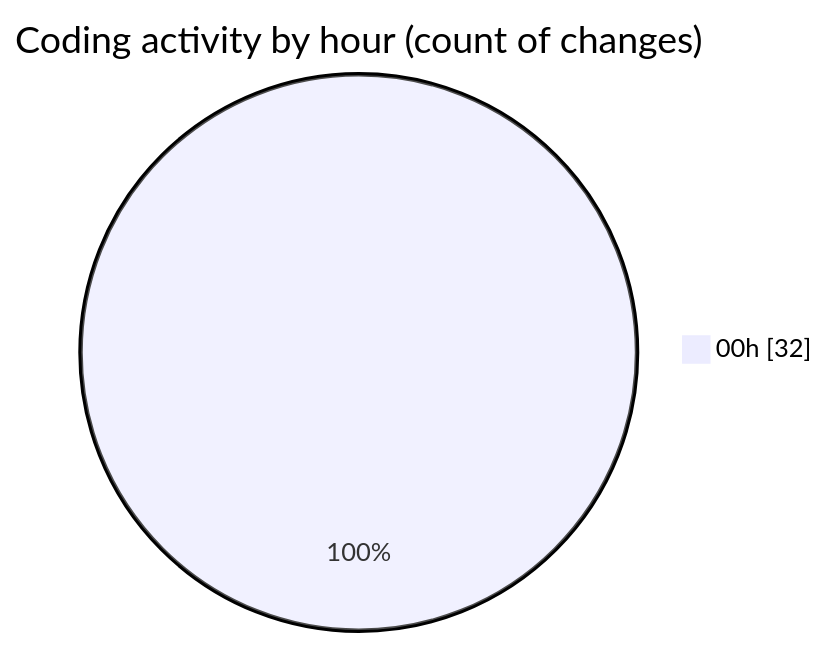
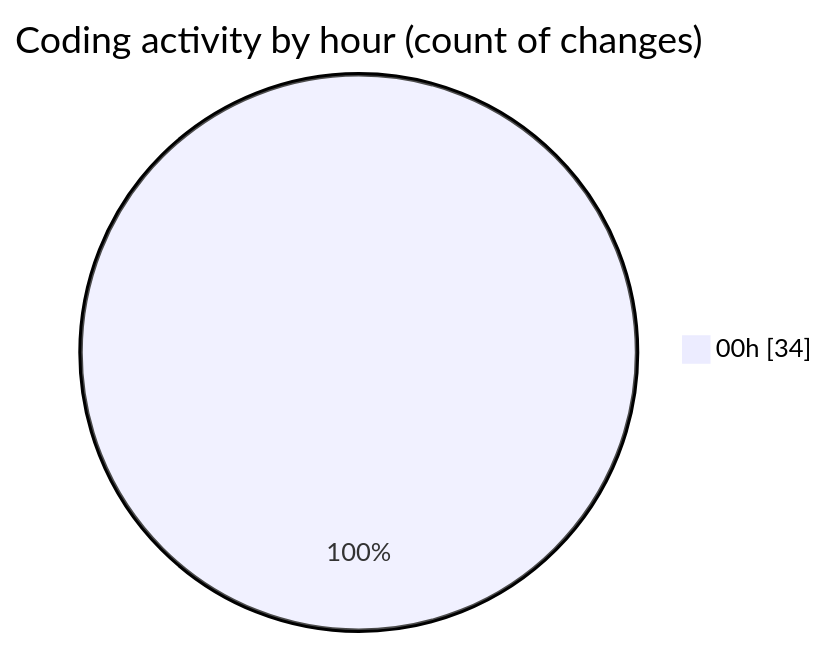
Before and after one commit to hasnaa123/code-tracking: the second of 2 diagrams in 2026-02-21/student_performance_system/README.md, drawn with Mermaid. The commit also changed other lines of this file and 1 other file, not shown here.

````diff
--- a/2026-02-21/student_performance_system/README.md
+++ b/2026-02-21/student_performance_system/README.md
@@ -28,5 +28,5 @@
 ```mermaid
 pie showData
 title Coding activity by hour (count of changes)
-"00h" : 32
+"00h" : 34
 ```
````
